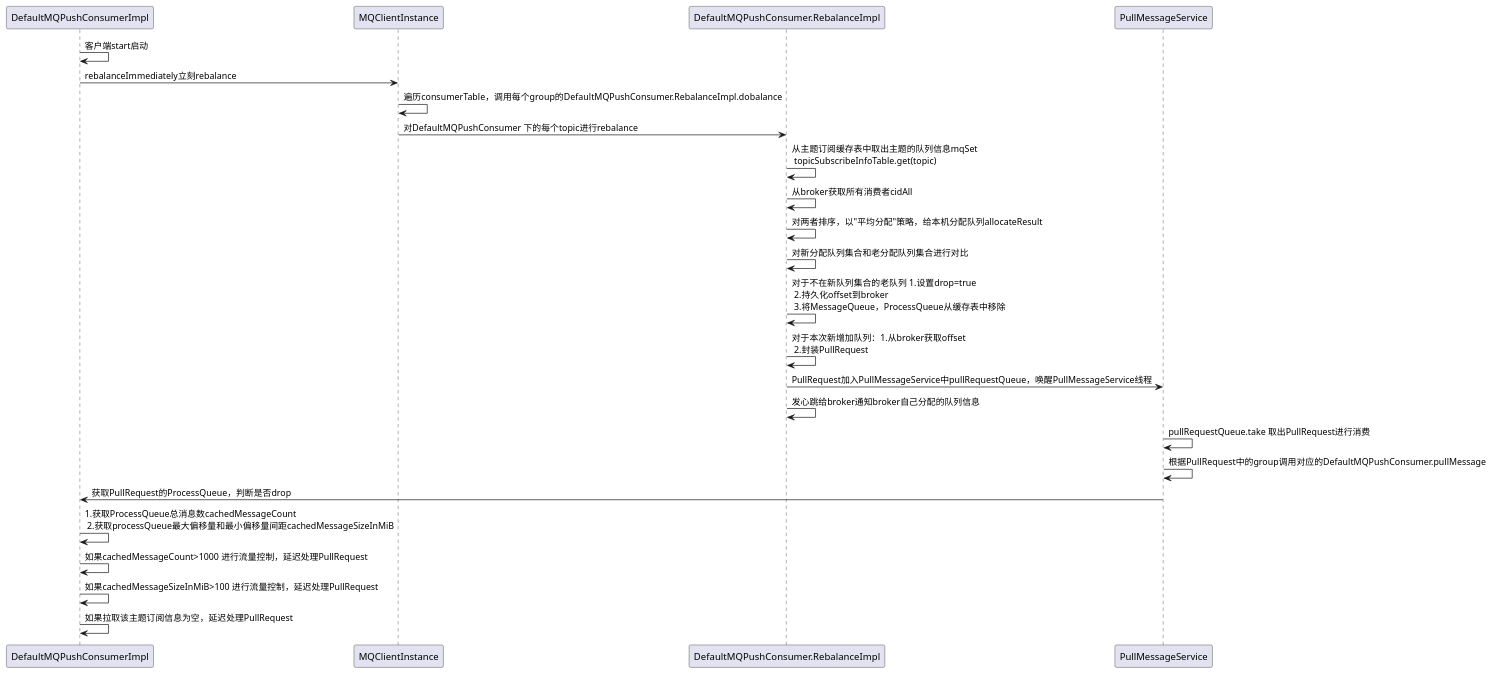
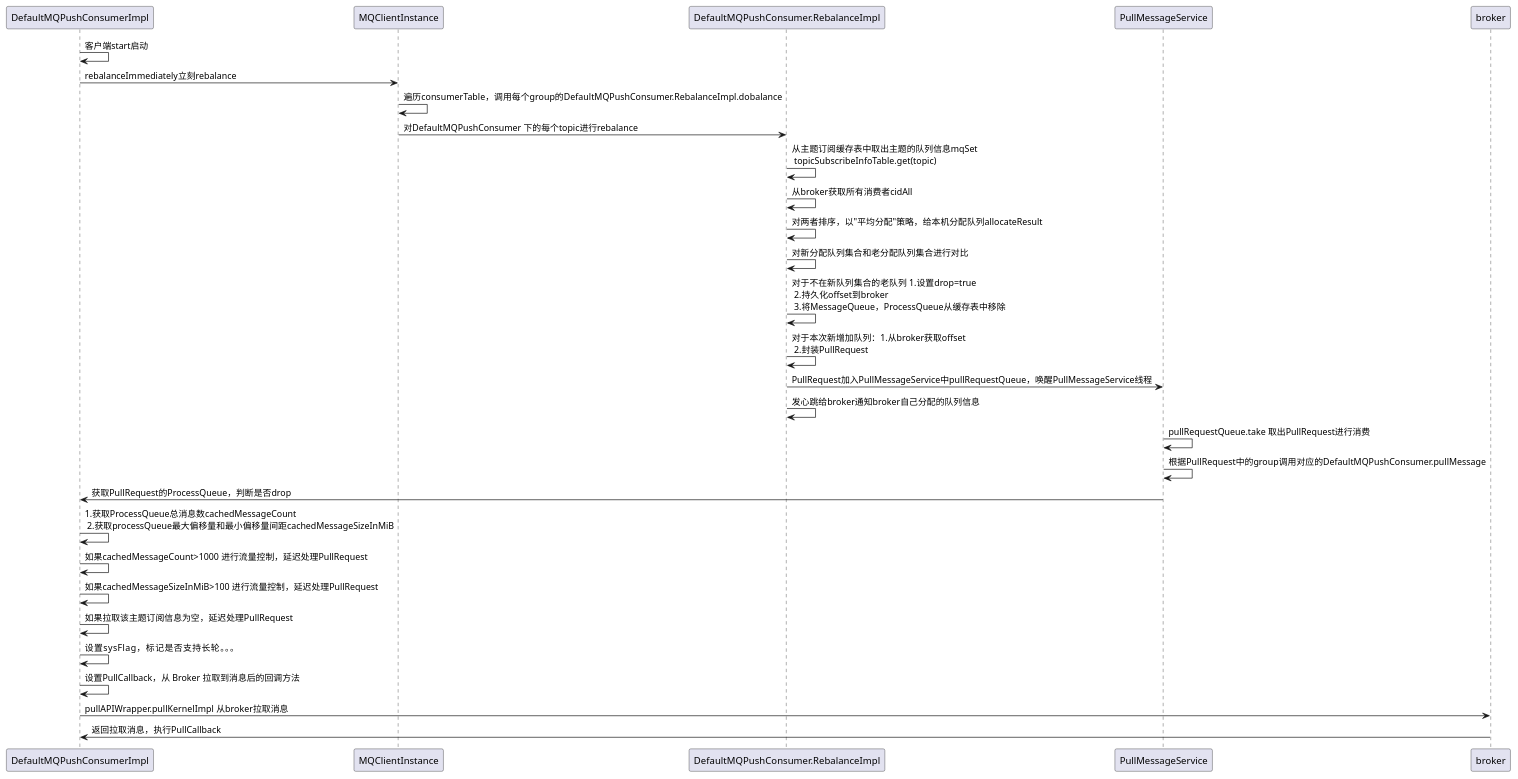
One commit to sybnfkn/java-chaotic changed the diagram in rocketmq/消息消费.puml. Above: the diagram before and after it, drawn with PlantUML.

```diff
--- a/rocketmq/消息消费.puml
+++ b/rocketmq/消息消费.puml
@@ -1,28 +1,32 @@
 @startuml
 DefaultMQPushConsumerImpl -> DefaultMQPushConsumerImpl:客户端start启动
 DefaultMQPushConsumerImpl -> MQClientInstance:rebalanceImmediately立刻rebalance
 MQClientInstance -> MQClientInstance:遍历consumerTable，调用每个group的DefaultMQPushConsumer.RebalanceImpl.dobalance
 MQClientInstance -> DefaultMQPushConsumer.RebalanceImpl: 对DefaultMQPushConsumer 下的每个topic进行rebalance
 DefaultMQPushConsumer.RebalanceImpl-> DefaultMQPushConsumer.RebalanceImpl:从主题订阅缓存表中取出主题的队列信息mqSet \n topicSubscribeInfoTable.get(topic)
 DefaultMQPushConsumer.RebalanceImpl-> DefaultMQPushConsumer.RebalanceImpl:从broker获取所有消费者cidAll
 DefaultMQPushConsumer.RebalanceImpl-> DefaultMQPushConsumer.RebalanceImpl:对两者排序，以"平均分配"策略，给本机分配队列allocateResult
 DefaultMQPushConsumer.RebalanceImpl-> DefaultMQPushConsumer.RebalanceImpl:对新分配队列集合和老分配队列集合进行对比
 DefaultMQPushConsumer.RebalanceImpl-> DefaultMQPushConsumer.RebalanceImpl:对于不在新队列集合的老队列 1.设置drop=true \n 2.持久化offset到broker \n 3.将MessageQueue，ProcessQueue从缓存表中移除
 
 DefaultMQPushConsumer.RebalanceImpl-> DefaultMQPushConsumer.RebalanceImpl:对于本次新增加队列：1.从broker获取offset \n 2.封装PullRequest
 DefaultMQPushConsumer.RebalanceImpl-> PullMessageService:PullRequest加入PullMessageService中pullRequestQueue，唤醒PullMessageService线程
 DefaultMQPushConsumer.RebalanceImpl-> DefaultMQPushConsumer.RebalanceImpl:发心跳给broker通知broker自己分配的队列信息
 
 PullMessageService -> PullMessageService:pullRequestQueue.take 取出PullRequest进行消费
 PullMessageService -> PullMessageService:根据PullRequest中的group调用对应的DefaultMQPushConsumer.pullMessage
 
 PullMessageService -> DefaultMQPushConsumerImpl:获取PullRequest的ProcessQueue，判断是否drop
 
 DefaultMQPushConsumerImpl -> DefaultMQPushConsumerImpl:1.获取ProcessQueue总消息数cachedMessageCount \n 2.获取processQueue最大偏移量和最小偏移量间距cachedMessageSizeInMiB
 DefaultMQPushConsumerImpl -> DefaultMQPushConsumerImpl:如果cachedMessageCount>1000 进行流量控制，延迟处理PullRequest
 DefaultMQPushConsumerImpl -> DefaultMQPushConsumerImpl:如果cachedMessageSizeInMiB>100 进行流量控制，延迟处理PullRequest
 DefaultMQPushConsumerImpl -> DefaultMQPushConsumerImpl:如果拉取该主题订阅信息为空，延迟处理PullRequest
+DefaultMQPushConsumerImpl -> DefaultMQPushConsumerImpl:设置sysFlag，标记是否支持长轮。。。
+DefaultMQPushConsumerImpl -> DefaultMQPushConsumerImpl:设置PullCallback，从 Broker 拉取到消息后的回调方法
+DefaultMQPushConsumerImpl -> broker:pullAPIWrapper.pullKernelImpl 从broker拉取消息
+broker-> DefaultMQPushConsumerImpl:返回拉取消息，执行PullCallback
 
 
 
 @enduml
```
